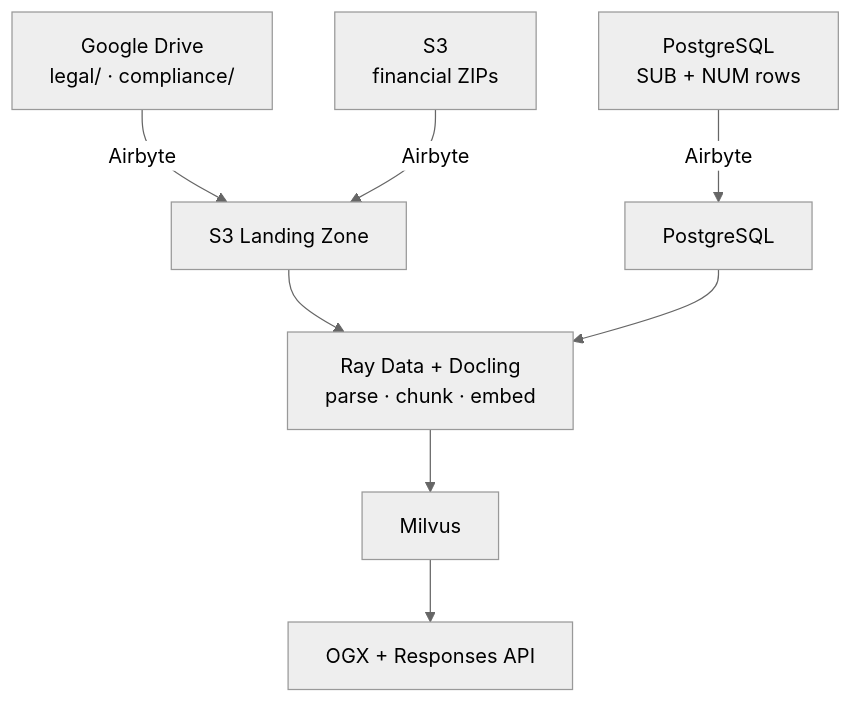
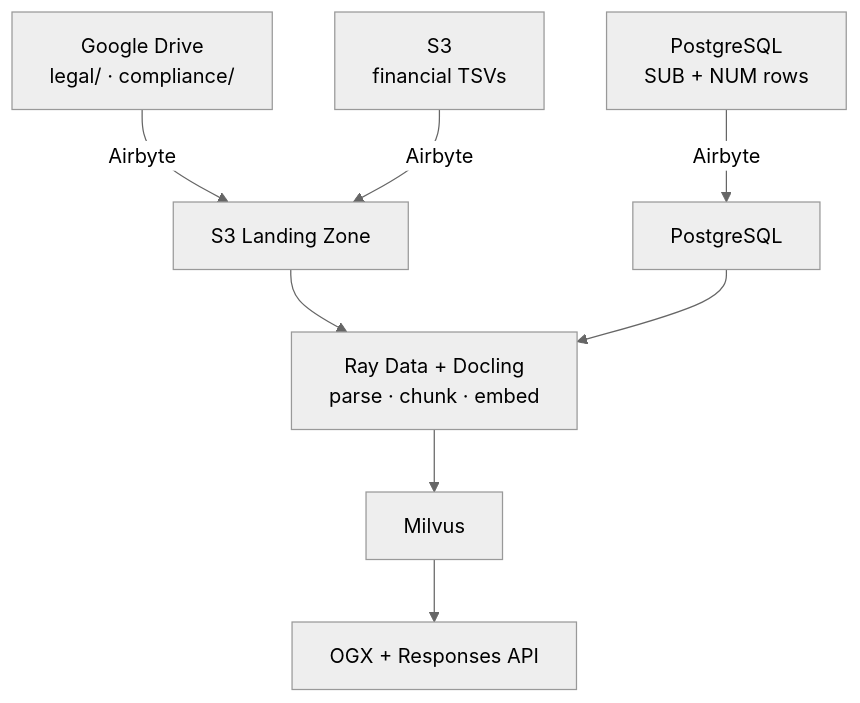
Before and after one commit to Alan0893/airbyte-openshift-validation: the second of 2 diagrams in README.md, drawn with Mermaid (neutral theme). The commit also changed other lines of this file and 9 other files, not shown here.

````diff
--- a/README.md
+++ b/README.md
@@ -174,11 +174,11 @@
 ```mermaid
 graph TD
     GDrive["Google Drive<br/>legal/ · compliance/"] -->|Airbyte| LZ["S3 Landing Zone"]
-    S3["S3<br/>financial ZIPs"] -->|Airbyte| LZ
+    S3["S3<br/>financial TSVs"] -->|Airbyte| LZ
     PG["PostgreSQL<br/>SUB + NUM rows"] -->|Airbyte| PGDest["PostgreSQL"]
 
     LZ --> Ray["Ray Data + Docling<br/>parse · chunk · embed"]
     PGDest --> Ray
     Ray --> Milvus["Milvus"]
     Milvus --> OGX["OGX + Responses API"]
 ```
````
